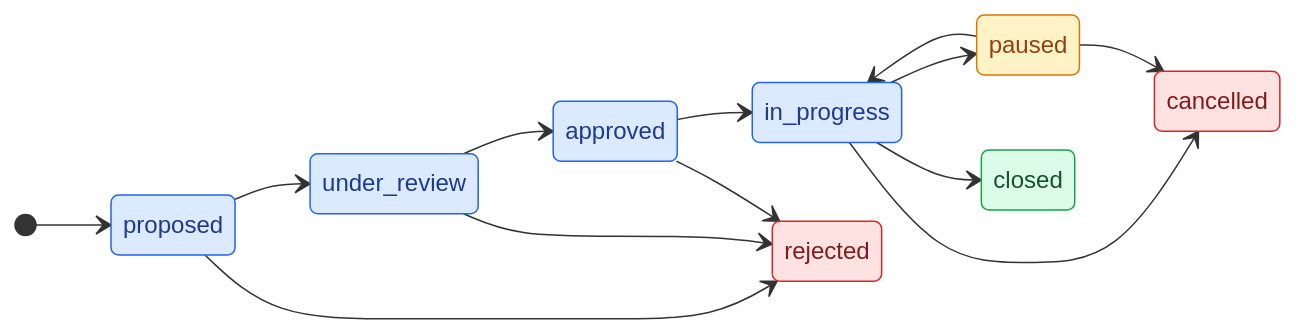
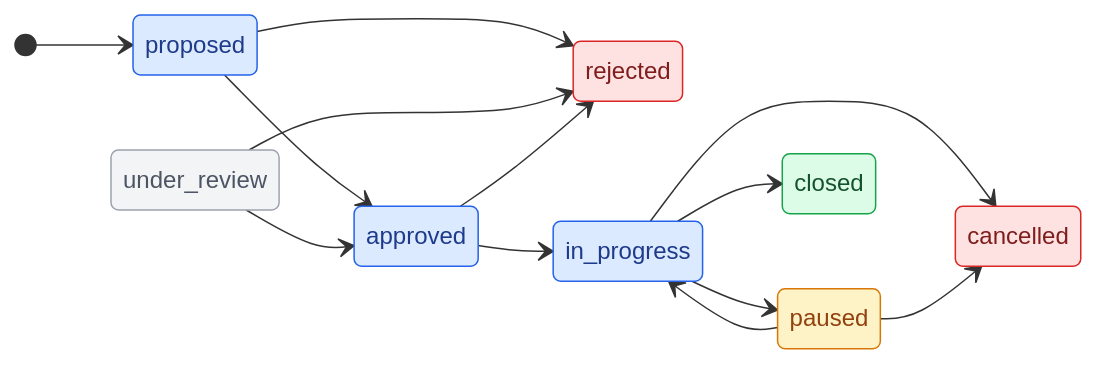
Before and after one commit to Alejo234x/CapstoneHUB-v2: the diagram in docs/backend_arch.md, drawn with Mermaid. The commit also changed other lines of this file and 11 other files, not shown here.

````diff
--- a/docs/backend_arch.md
+++ b/docs/backend_arch.md
@@ -242,25 +250,27 @@
 ```mermaid
 stateDiagram-v2
     direction LR
     [*] --> proposed
-    proposed --> under_review
+    proposed --> approved
+    proposed --> rejected
     under_review --> approved
+    under_review --> rejected
     approved --> in_progress
     in_progress --> paused
     paused --> in_progress
     in_progress --> closed
     in_progress --> cancelled
     paused --> cancelled
-    proposed --> rejected
-    under_review --> rejected
     approved --> rejected
 
     classDef active fill:#dbeafe,stroke:#2563eb,color:#1e3a8a
     classDef done fill:#dcfce7,stroke:#16a34a,color:#14532d
     classDef stopped fill:#fef3c7,stroke:#d97706,color:#92400e
     classDef bad fill:#fee2e2,stroke:#dc2626,color:#7f1d1d
-    class proposed,under_review,approved,in_progress active
+    classDef legacy fill:#f3f4f6,stroke:#9ca3af,color:#4b5563
+    class proposed,approved,in_progress active
+    class under_review legacy
     class paused stopped
     class closed done
     class cancelled,rejected bad
 ```
````
